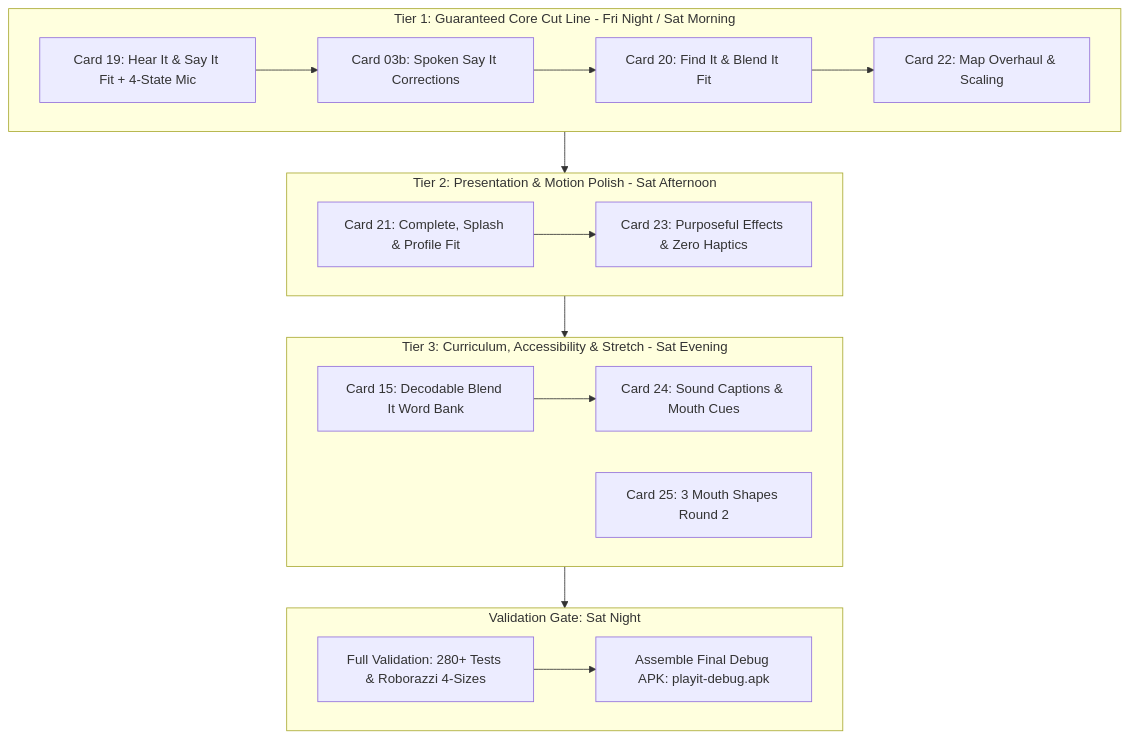
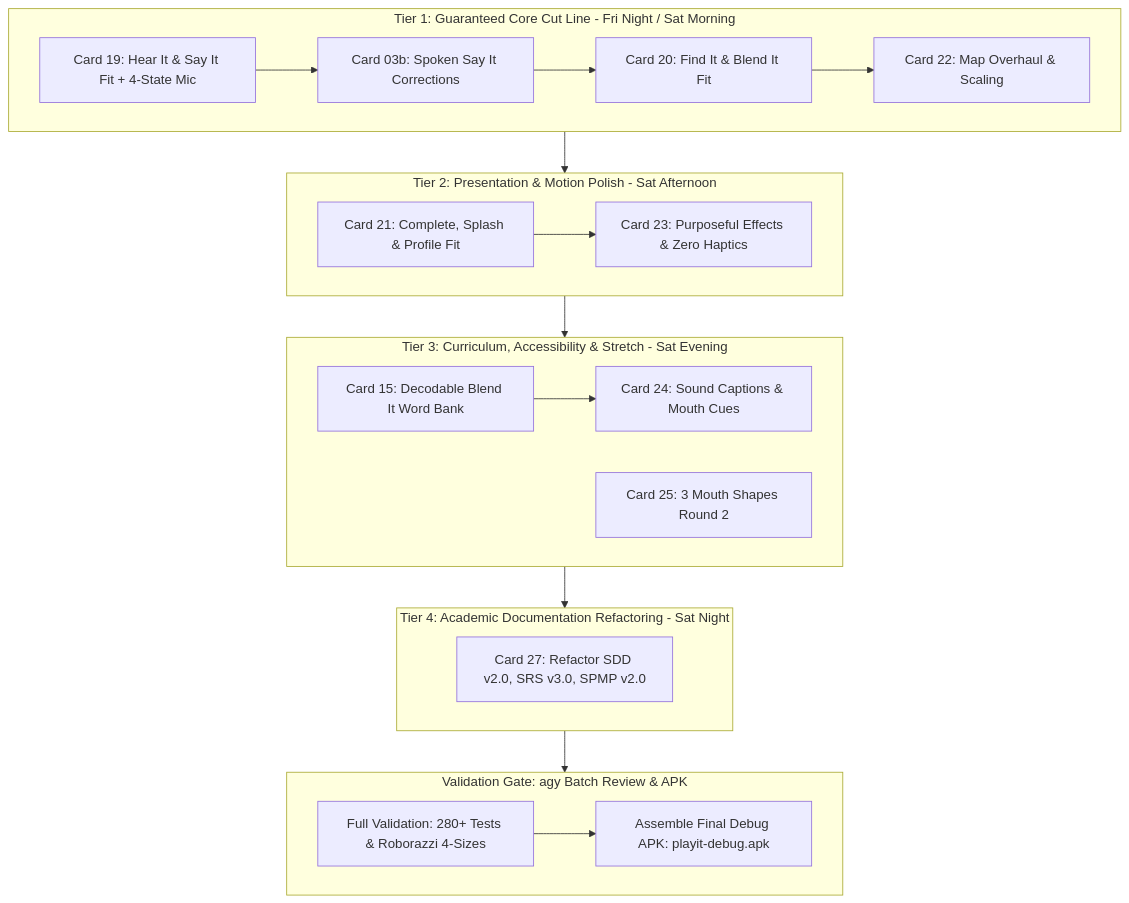
Before and after one commit to zendrix-hub/playIT-v2: the diagram in docs/tasks/SPRINT_OCT10_ORCHESTRATION.md, drawn with Mermaid. The commit also changed other lines of this file and 3 other files, not shown here.

Commit message:
docs(tasks): add card 27 for SDD/SRS/SPMP academic refactoring; establish collision-free overnight protocol

````diff
--- a/docs/tasks/SPRINT_OCT10_ORCHESTRATION.md
+++ b/docs/tasks/SPRINT_OCT10_ORCHESTRATION.md
@@ -29,25 +29,29 @@
 ```mermaid
 graph TD
     subgraph Tier_1 [Tier 1: Guaranteed Core Cut Line - Fri Night / Sat Morning]
         C19[Card 19: Hear It & Say It Fit + 4-State Mic] --> C03b[Card 03b: Spoken Say It Corrections]
         C03b --> C20[Card 20: Find It & Blend It Fit]
         C20 --> C22[Card 22: Map Overhaul & Scaling]
     end
 
     subgraph Tier_2 [Tier 2: Presentation & Motion Polish - Sat Afternoon]
         C21[Card 21: Complete, Splash & Profile Fit] --> C23[Card 23: Purposeful Effects & Zero Haptics]
     end
 
     subgraph Tier_3 [Tier 3: Curriculum, Accessibility & Stretch - Sat Evening]
         C15[Card 15: Decodable Blend It Word Bank] --> C24[Card 24: Sound Captions & Mouth Cues]
         C25[Card 25: 3 Mouth Shapes Round 2]
     end
 
-    subgraph Validation_Gate [Validation Gate: Sat Night]
+    subgraph Tier_4 [Tier 4: Academic Documentation Refactoring - Sat Night]
+        C27[Card 27: Refactor SDD v2.0, SRS v3.0, SPMP v2.0]
+    end
+
+    subgraph Validation_Gate [Validation Gate: agy Batch Review & APK]
         VAL[Full Validation: 280+ Tests & Roborazzi 4-Sizes]
         APK[Assemble Final Debug APK: playit-debug.apk]
         VAL --> APK
     end
 
-    Tier_1 --> Tier_2 --> Tier_3 --> Validation_Gate
+    Tier_1 --> Tier_2 --> Tier_3 --> Tier_4 --> Validation_Gate
 ```
````
